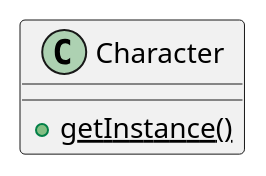
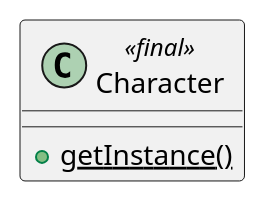
The diagram in type/Character.iuml (binaire10/Traducteur-Algo), drawn with PlantUML before and after one commit. The commit also changed 5 other files, not shown here.

Commit message:
update uml

```diff
--- a/type/Character.iuml
+++ b/type/Character.iuml
@@ -1,3 +1,3 @@
-class Character {
+class Character<<final>> {
     {static} + getInstance()
 }
```
